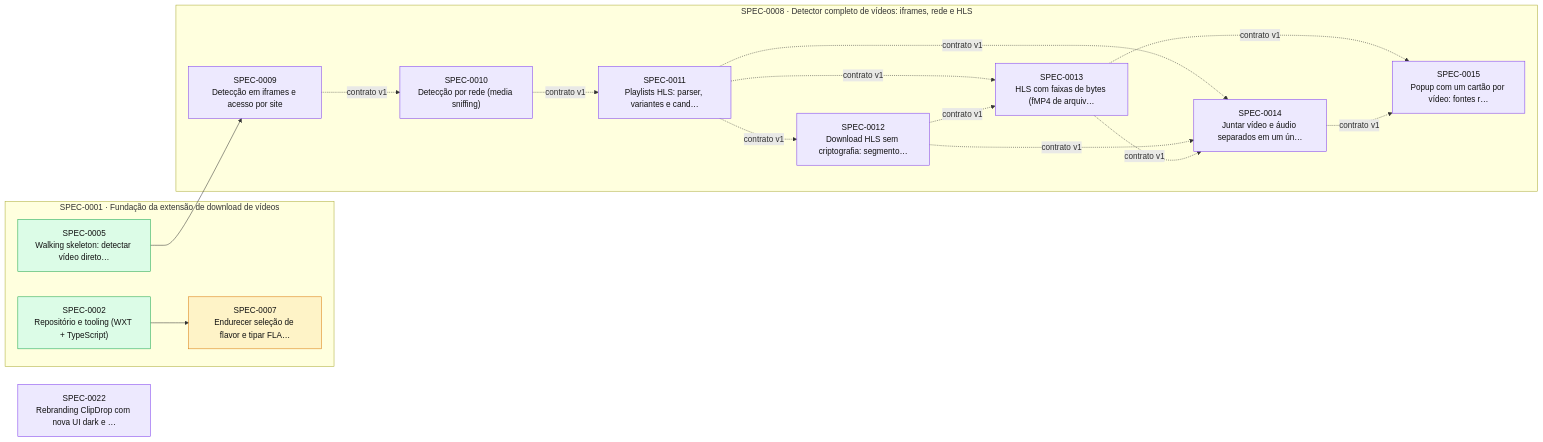
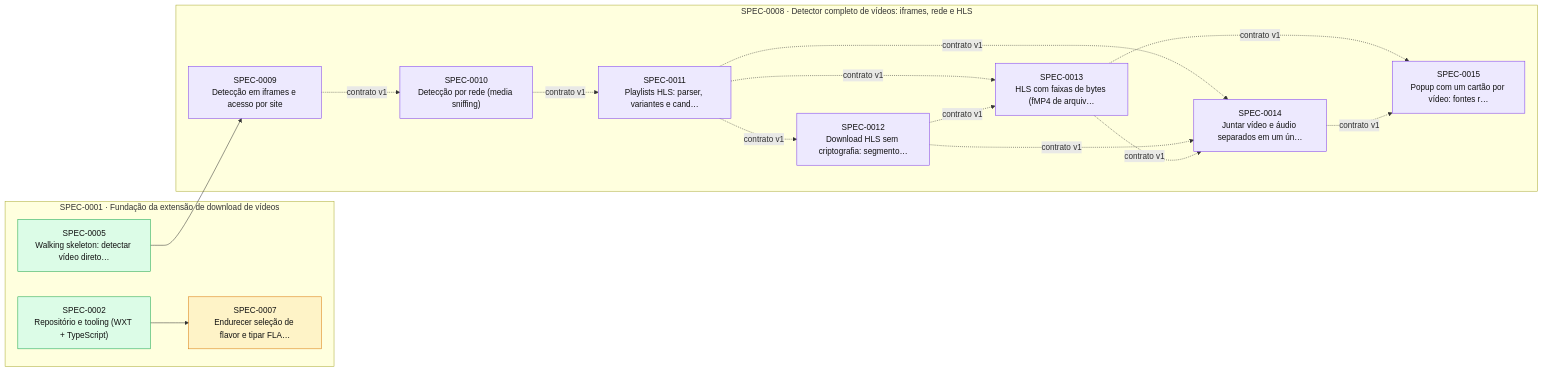
One commit to thomasravache/video-downloader changed the diagram in docs/specs/INDEX.md. Above: the diagram before and after it, drawn with Mermaid. The commit also changed other lines of this file and 1 other file, not shown here.

Commit message:
docs(specs): close SPEC-0022 and update spec index

````diff
--- a/docs/specs/INDEX.md
+++ b/docs/specs/INDEX.md
@@ -67,35 +66,34 @@
 ```mermaid
 flowchart LR
-  S0022["SPEC-0022<br/>Rebranding ClipDrop com nova UI dark e …"]:::inprogress
   subgraph E0001["SPEC-0001 · Fundação da extensão de download de vídeos"]
     S0002["SPEC-0002<br/>Repositório e tooling (WXT + TypeScript)"]:::implemented
     S0005["SPEC-0005<br/>Walking skeleton: detectar vídeo direto…"]:::implemented
     S0007["SPEC-0007<br/>Endurecer seleção de flavor e tipar FLA…"]:::proposed
   end
   subgraph E0008["SPEC-0008 · Detector completo de vídeos: iframes, rede e HLS"]
     S0009["SPEC-0009<br/>Detecção em iframes e acesso por site"]:::inprogress
     S0010["SPEC-0010<br/>Detecção por rede (media sniffing)"]:::inprogress
     S0011["SPEC-0011<br/>Playlists HLS: parser, variantes e cand…"]:::inprogress
     S0012["SPEC-0012<br/>Download HLS sem criptografia: segmento…"]:::inprogress
     S0013["SPEC-0013<br/>HLS com faixas de bytes (fMP4 de arquiv…"]:::inprogress
     S0014["SPEC-0014<br/>Juntar vídeo e áudio separados em um ún…"]:::inprogress
     S0015["SPEC-0015<br/>Popup com um cartão por vídeo: fontes r…"]:::inprogress
   end
   S0002 --> S0007
   S0005 --> S0009
   S0009 -. contrato v1 .-> S0010
   S0010 -. contrato v1 .-> S0011
   S0011 -. contrato v1 .-> S0012
   S0011 -. contrato v1 .-> S0013
   S0012 -. contrato v1 .-> S0013
   S0011 -. contrato v1 .-> S0014
   S0012 -. contrato v1 .-> S0014
   S0013 -. contrato v1 .-> S0014
   S0013 -. contrato v1 .-> S0015
   S0014 -. contrato v1 .-> S0015
   classDef proposed fill:#fef3c7,stroke:#d97706,color:#111
   classDef approved fill:#dbeafe,stroke:#2563eb,color:#111
   classDef inprogress fill:#ede9fe,stroke:#7c3aed,color:#111
   classDef implemented fill:#dcfce7,stroke:#16a34a,color:#111
   classDef deprecated fill:#f3f4f6,stroke:#9ca3af,color:#6b7280
 ```
````
